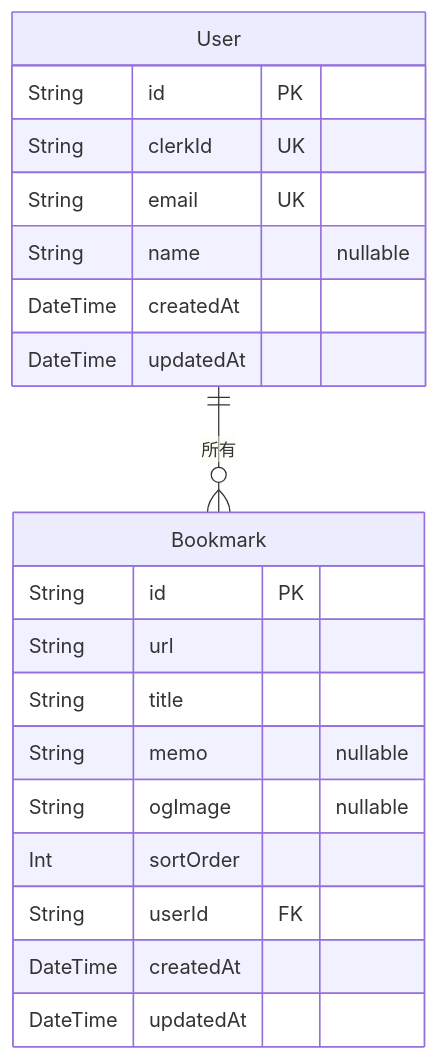
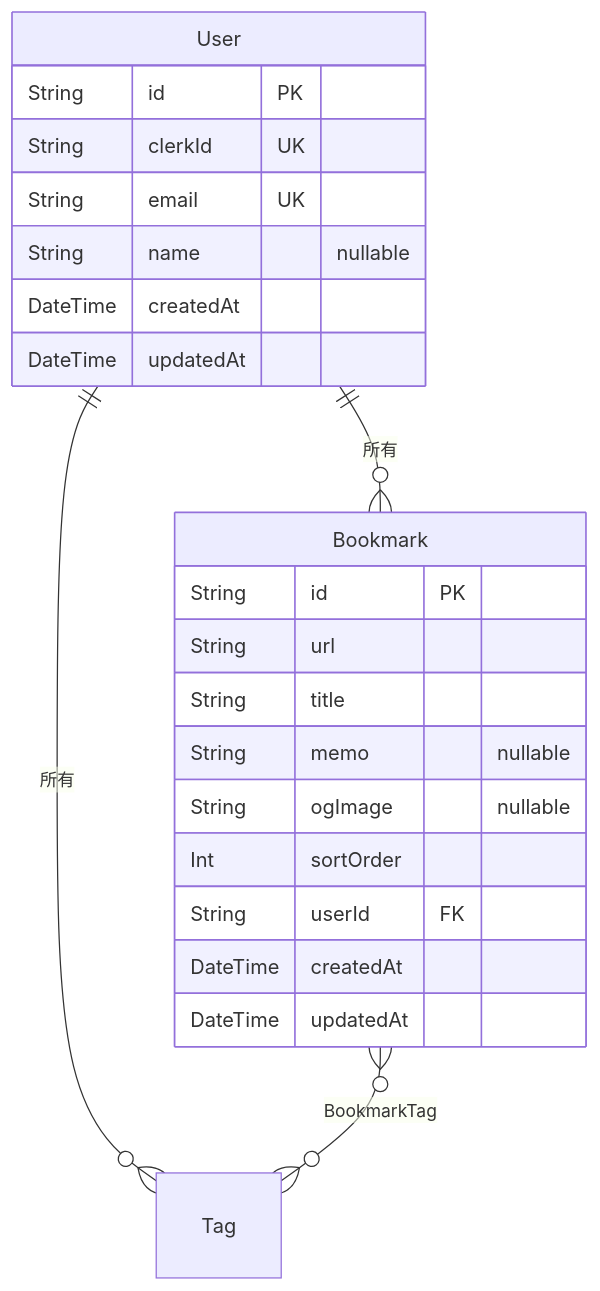
One commit to ot-nemoto/link-hub changed the diagram in docs/schema.md. Above: the diagram before and after it, drawn with Mermaid. The commit also changed other lines of this file and 17 other files, not shown here.

````diff
--- a/docs/schema.md
+++ b/docs/schema.md
@@ -51,24 +77,26 @@
 ```mermaid
 erDiagram
     User {
         String id PK
         String clerkId UK
         String email UK
         String name "nullable"
         DateTime createdAt
         DateTime updatedAt
     }
     Bookmark {
         String id PK
         String url
         String title
         String memo "nullable"
         String ogImage "nullable"
         Int sortOrder
         String userId FK
         DateTime createdAt
         DateTime updatedAt
     }
 
     User ||--o{ Bookmark : "所有"
+    User ||--o{ Tag : "所有"
+    Bookmark }o--o{ Tag : "BookmarkTag"
 ```
````
